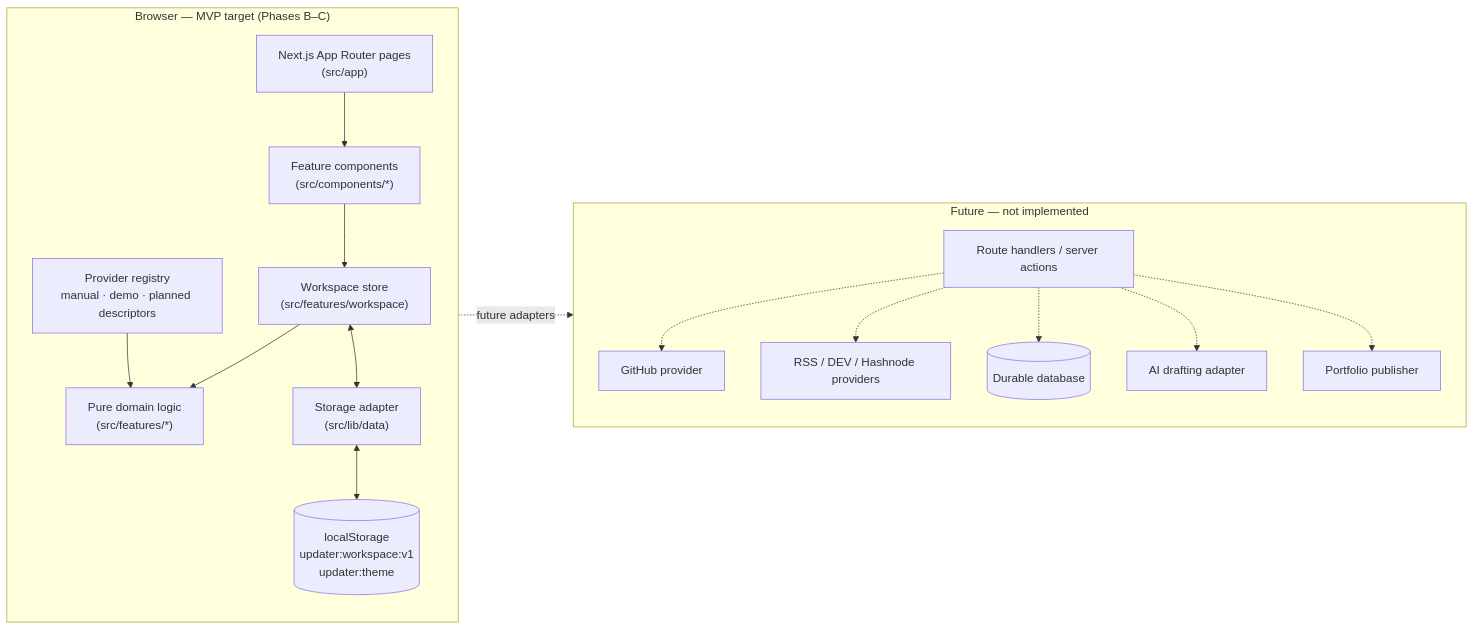
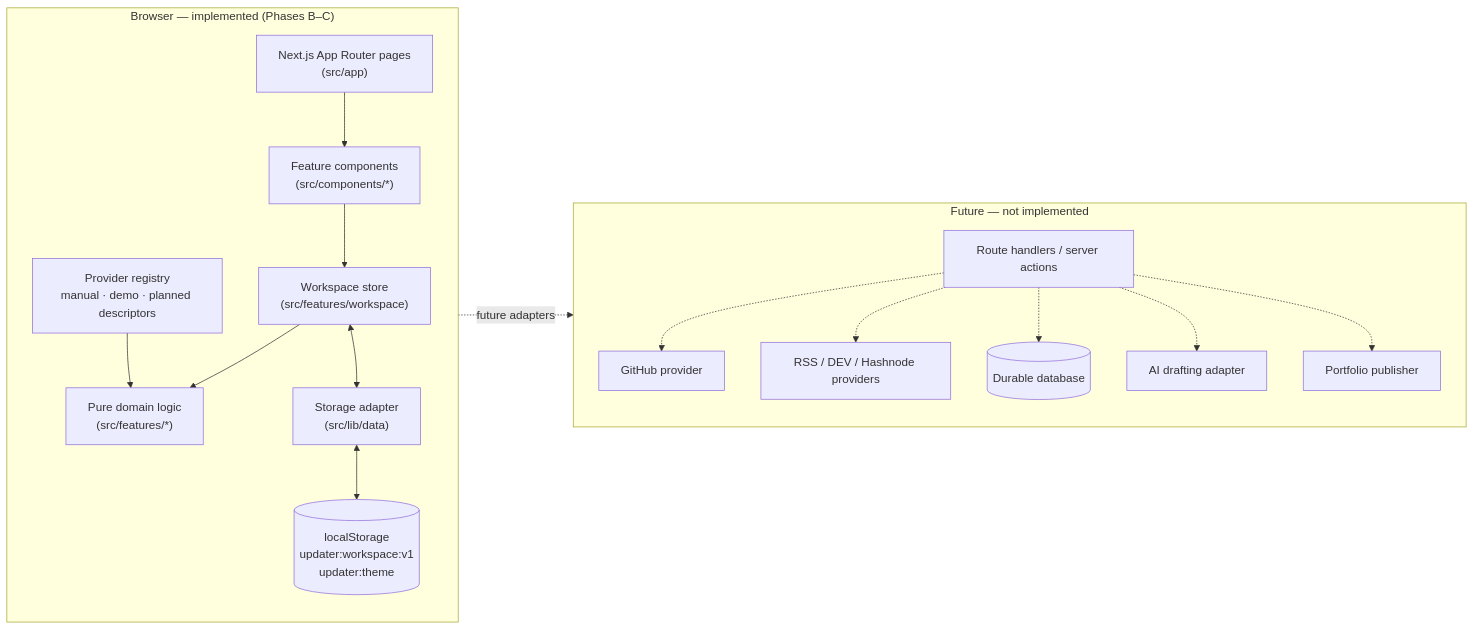
Before and after one commit to tanay9098/Updater: the first of 3 diagrams in architecture.md, drawn with Mermaid. The commit also changed other lines of this file and 92 other files, not shown here.

````diff
--- a/architecture.md
+++ b/architecture.md
@@ -38,28 +38,28 @@
 ```mermaid
 flowchart LR
-  subgraph Browser["Browser — MVP target (Phases B–C)"]
+  subgraph Browser["Browser — implemented (Phases B–C)"]
     direction TB
     Pages["Next.js App Router pages<br/>(src/app)"]
     Views["Feature components<br/>(src/components/*)"]
     Store["Workspace store<br/>(src/features/workspace)"]
     Domain["Pure domain logic<br/>(src/features/*)"]
     Registry["Provider registry<br/>manual · demo · planned descriptors"]
     Storage["Storage adapter<br/>(src/lib/data)"]
     LS[("localStorage<br/>updater:workspace:v1<br/>updater:theme")]
     Pages --> Views --> Store
     Store --> Domain
     Registry --> Domain
     Store <--> Storage <--> LS
   end
   subgraph Future["Future — not implemented"]
     direction TB
     API["Route handlers / server actions"]
     GH["GitHub provider"]
     Blog["RSS / DEV / Hashnode providers"]
     DB[("Durable database")]
     AI["AI drafting adapter"]
     Pub["Portfolio publisher"]
   end
   Registry -. "future adapters" .-> API
   API -.-> GH & Blog & DB & AI & Pub
 ```
````
